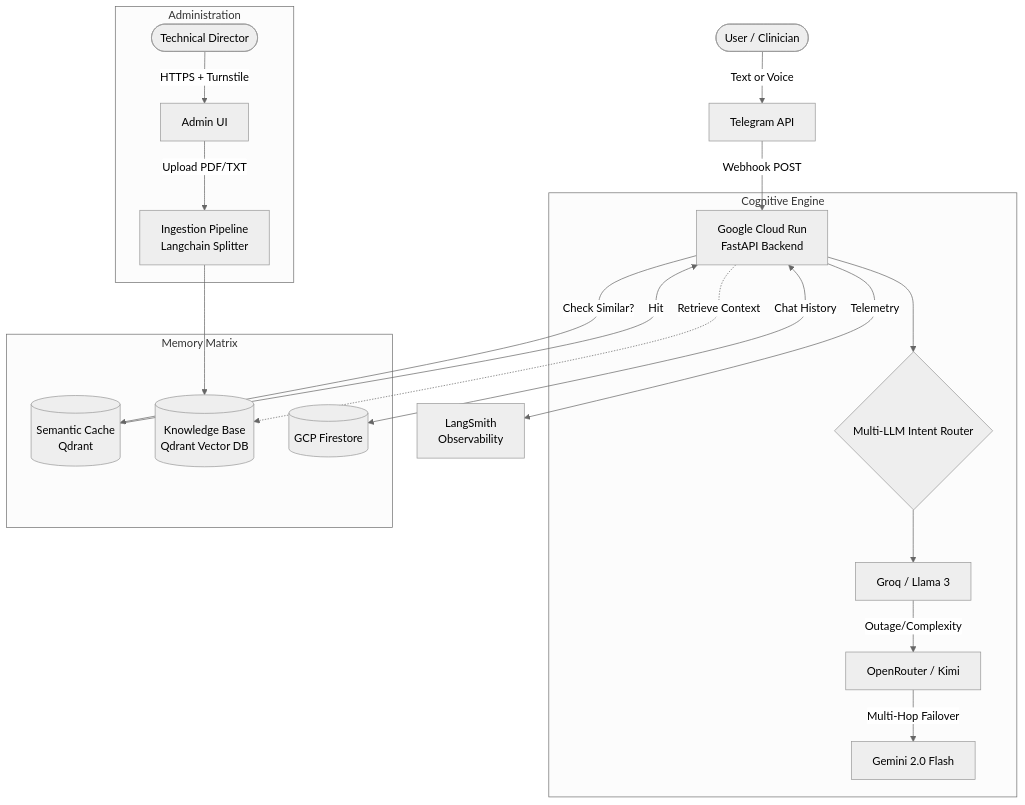
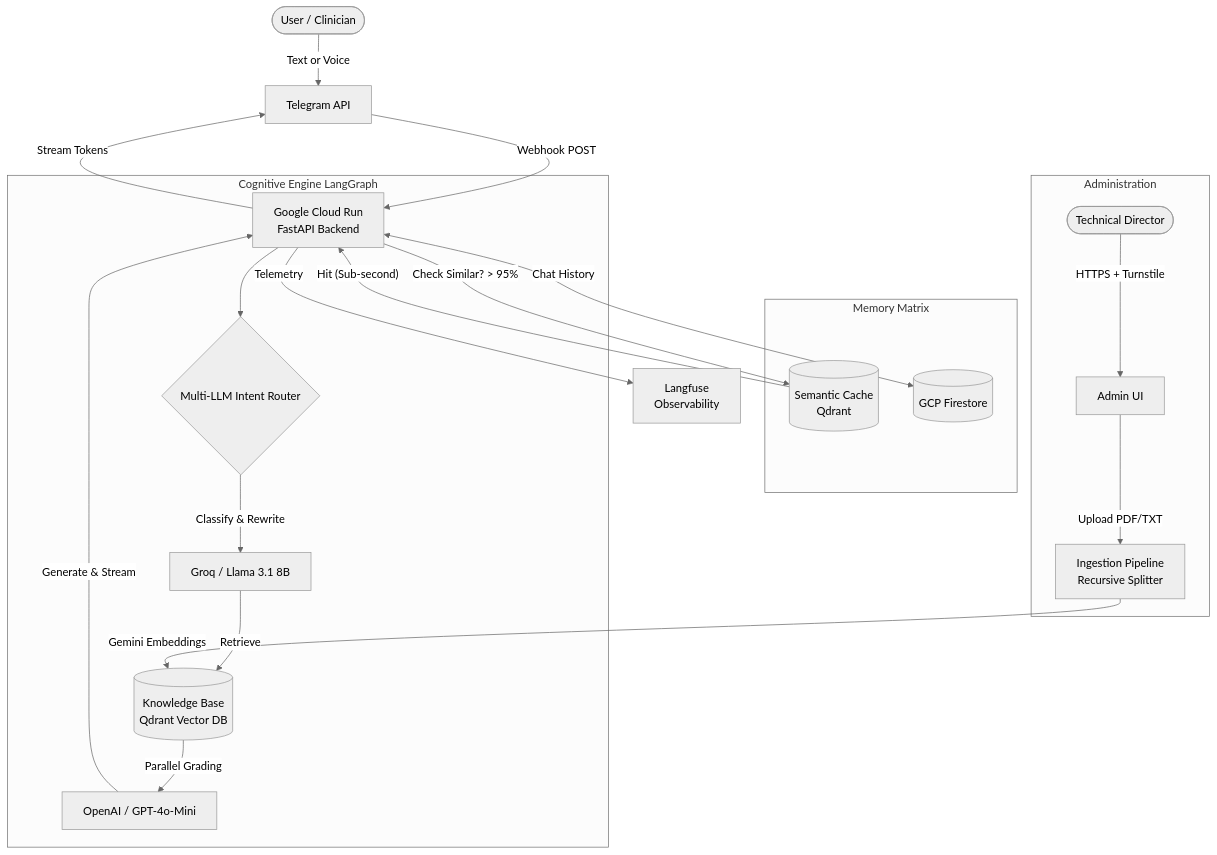
One commit to ericfloriano/rag-agent-v2 changed the diagram in README.md. Above: the diagram before and after it, drawn with Mermaid (neutral theme). The commit also changed other lines of this file and 29 other files, not shown here.

First line of the commit message:
refactor: overhaul architecture for streaming and multi-LLM routing

````diff
--- a/README.md
+++ b/README.md
@@ -30,27 +33,28 @@
 ```mermaid
 graph TD
     User([User / Clinician]) -->|Text or Voice| Telegram[Telegram API]
     Telegram -->|Webhook POST| CR[Google Cloud Run<br>FastAPI Backend]
-    CR -->|Telemetry| LS[LangSmith<br>Observability]
+    CR -->|Stream Tokens| Telegram
+    CR -->|Telemetry| LF[Langfuse<br>Observability]
     
-    subgraph Cognitive Engine
+    subgraph Cognitive Engine LangGraph
         CR --> Router{Multi-LLM Intent Router}
-        Router --> Primary[Groq / Llama 3]
-        Primary -- Outage/Complexity --> Secondary[OpenRouter / Kimi]
-        Secondary -- Multi-Hop Failover --> Tertiary[Gemini 2.0 Flash]
+        Router -->|Classify & Rewrite| Groq[Groq / Llama 3.1 8B]
+        Groq -->|Retrieve| VectorDB[(Knowledge Base<br>Qdrant Vector DB)]
+        VectorDB -->|Parallel Grading| OpenAI[OpenAI / GPT-4o-Mini]
+        OpenAI -->|Generate & Stream| CR
     end
     
     subgraph Memory Matrix
-        CR -->|Check Similar?| Cache[(Semantic Cache<br>Qdrant)]
-        CR -.->|Retrieve Context| VectorDB[(Knowledge Base<br>Qdrant Vector DB)]
+        CR -->|Check Similar? > 95%| Cache[(Semantic Cache<br>Qdrant)]
         CR <-->|Chat History| Firestore[(GCP Firestore)]
     end
     
     subgraph Administration
         Admin([Technical Director]) -->|HTTPS + Turnstile| WebPanel[Admin UI]
-        WebPanel -->|Upload PDF/TXT| Ingestion[Ingestion Pipeline<br>Langchain Splitter]
-        Ingestion --> VectorDB
+        WebPanel -->|Upload PDF/TXT| Ingestion[Ingestion Pipeline<br>Recursive Splitter]
+        Ingestion -->|Gemini Embeddings| VectorDB
     end
 
-    Cache -- Hit --> CR
+    Cache -- Hit (Sub-second) --> CR
 ```
````
